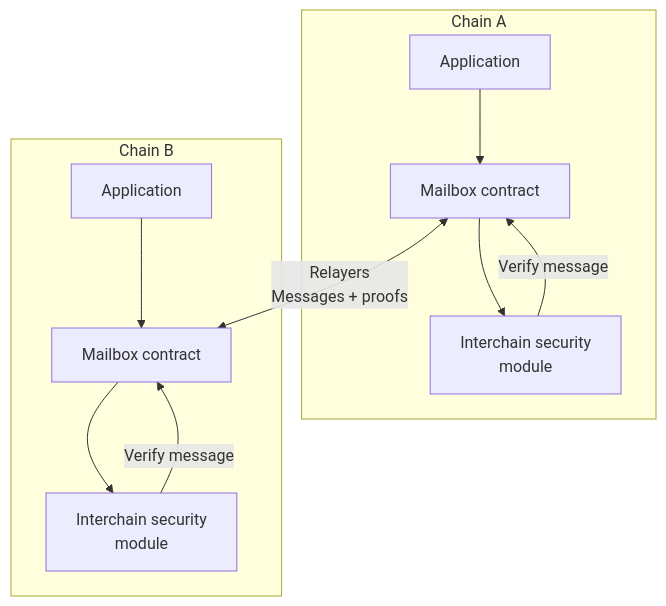
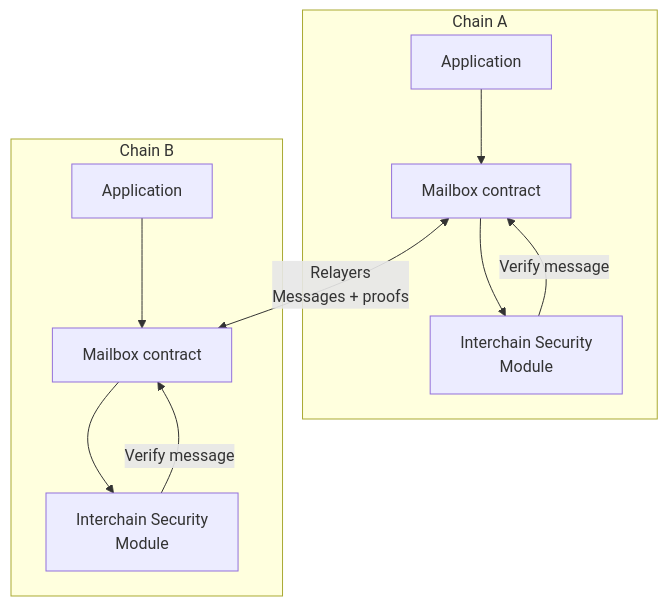
The diagram in app/learn/features/bridging/hyperlane/page.mdx (celestiaorg/docs), drawn with Mermaid before and after one commit. The commit also changed 3 other files, not shown here.

First line of the commit message:
fix: let diagrams shrink to fit the column with a 40rem floor

````diff
--- a/app/learn/features/bridging/hyperlane/page.mdx
+++ b/app/learn/features/bridging/hyperlane/page.mdx
@@ -21,30 +21,35 @@
 ```mermaid
+---
+config:
+  flowchart:
+    useMaxWidth: false
+---
 flowchart TB
 
     %% --- Chain A ---
     subgraph ChainA["Chain A"]
         A_App["Application"]
         A_Mailbox["Mailbox contract"]
-        A_ISM["Interchain security<br/>module"]
+        A_ISM["Interchain Security<br/>Module"]
     end
 
     %% --- Chain B ---
     subgraph ChainB["Chain B"]
         B_App["Application"]
         B_Mailbox["Mailbox contract"]
-        B_ISM["Interchain security<br/>module"]
+        B_ISM["Interchain Security<br/>Module"]
     end
 
     %% Internal flows (Chain A)
     A_App --> A_Mailbox
     A_Mailbox --> A_ISM
     A_ISM -->|Verify message| A_Mailbox
 
     %% Internal flows (Chain B)
     B_App --> B_Mailbox
     B_Mailbox --> B_ISM
     B_ISM -->|Verify message| B_Mailbox
 
     %% Cross-chain relayer messages
     A_Mailbox <-->|Relayers<br/>Messages + proofs| B_Mailbox
 ```
````
